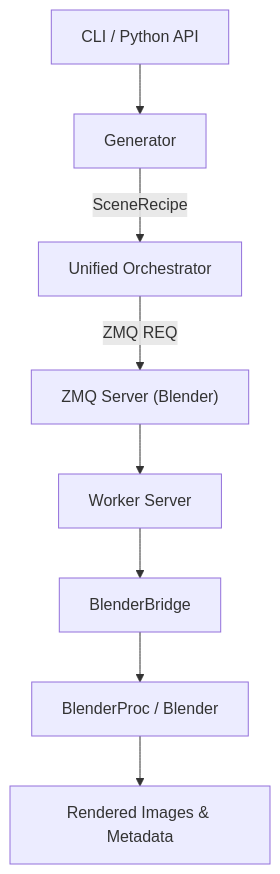
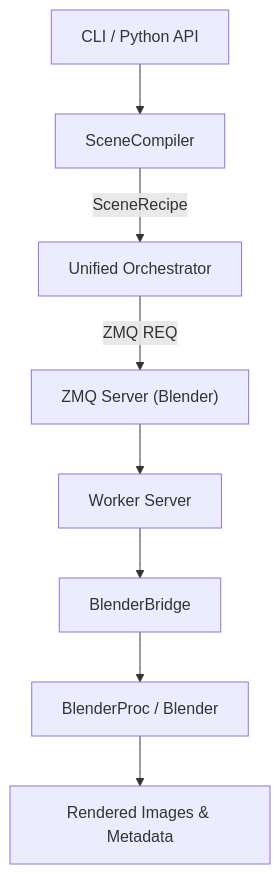
One commit to NoeFontana/render-tag changed the diagram in docs/architecture.md. Above: the diagram before and after it, drawn with Mermaid. The commit also changed 36 other files, not shown here.

First line of the commit message:
refactor(generation): collapse Generator into SceneCompiler (#67)

````diff
--- a/docs/architecture.md
+++ b/docs/architecture.md
@@ -9,10 +9,10 @@
 ```mermaid
 graph TD
-    A["CLI / Python API"] --> B["Generator"]
+    A["CLI / Python API"] --> B["SceneCompiler"]
     B -- "SceneRecipe" --> C["Unified Orchestrator"]
     C -- "ZMQ REQ" --> D["ZMQ Server (Blender)"]
     D --> E["Worker Server"]
     E --> F["BlenderBridge"]
     F --> G["BlenderProc / Blender"]
     G --> H["Rendered Images & Metadata"]
 ```
````
